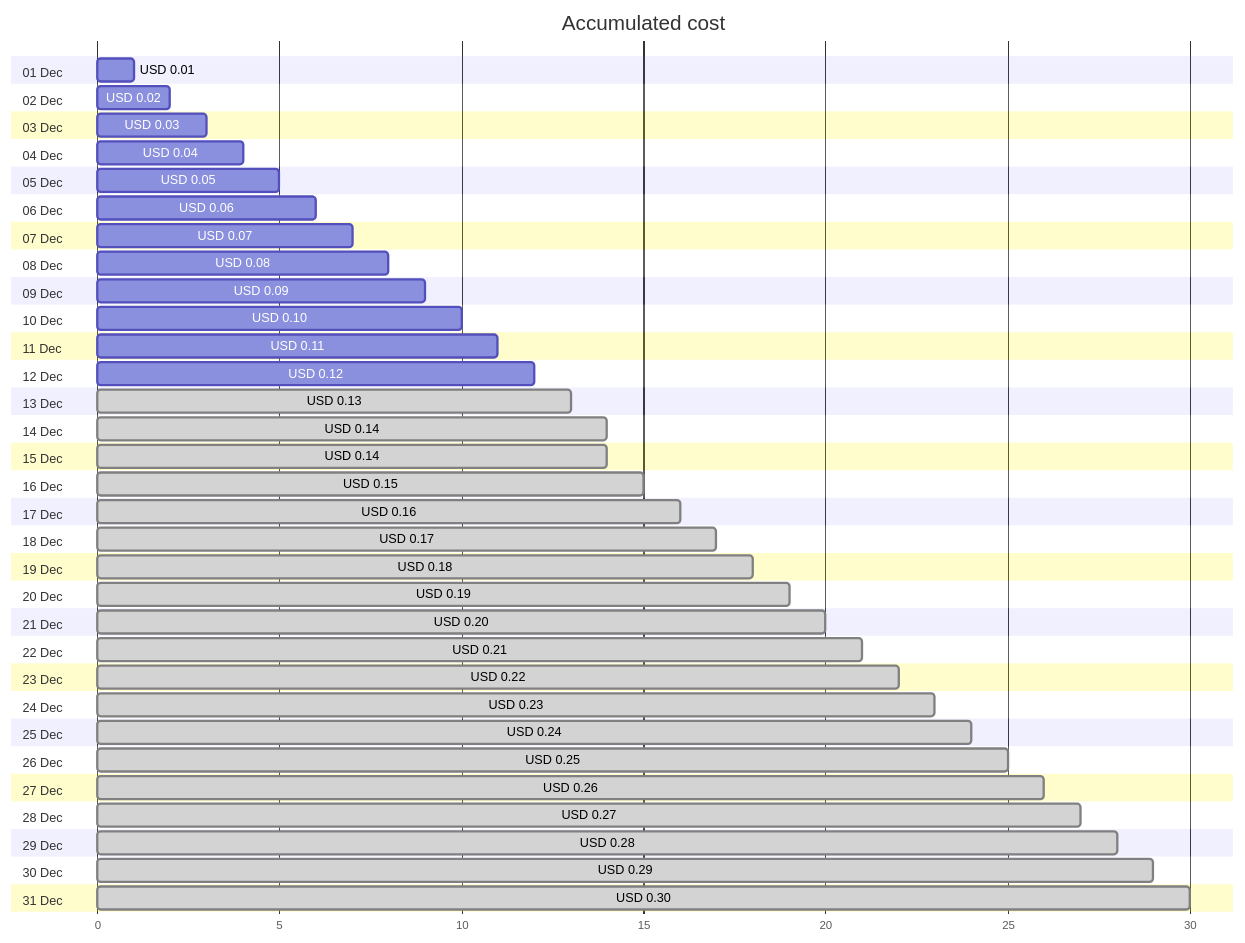
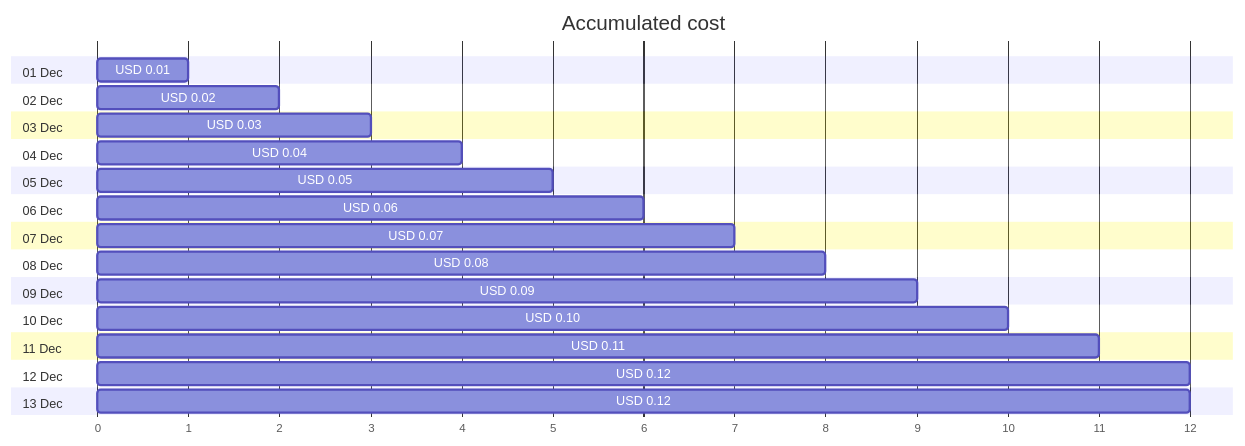
The first of 4 diagrams in cost-reports/cloud-shell-storage-eastus/cs2100300008c8d894b.md (jpfulton/azure-personal-reports), drawn with Mermaid before and after one commit. The commit also changed other lines of this file and 1 other file, not shown here.

Commit message:
Generated reports [skip ci]

````diff
--- a/cost-reports/cloud-shell-storage-eastus/cs2100300008c8d894b.md
+++ b/cost-reports/cloud-shell-storage-eastus/cs2100300008c8d894b.md
@@ -20,68 +20,32 @@
 ```mermaid
 gantt
    title Accumulated cost
    dateFormat  X
    axisFormat %s
    section 01 Dec
    USD 0.01 :0, 1
    section 02 Dec
    USD 0.02 :0, 2
    section 03 Dec
    USD 0.03 :0, 3
    section 04 Dec
    USD 0.04 :0, 4
    section 05 Dec
    USD 0.05 :0, 5
    section 06 Dec
    USD 0.06 :0, 6
    section 07 Dec
    USD 0.07 :0, 7
    section 08 Dec
    USD 0.08 :0, 8
    section 09 Dec
    USD 0.09 :0, 9
    section 10 Dec
    USD 0.10 :0, 10
    section 11 Dec
    USD 0.11 :0, 11
    section 12 Dec
    USD 0.12 :0, 12
    section 13 Dec
-   USD 0.13 : done, 0, 13
-   section 14 Dec
-   USD 0.14 : done, 0, 14
-   section 15 Dec
-   USD 0.14 : done, 0, 14
-   section 16 Dec
-   USD 0.15 : done, 0, 15
-   section 17 Dec
-   USD 0.16 : done, 0, 16
-   section 18 Dec
-   USD 0.17 : done, 0, 17
-   section 19 Dec
-   USD 0.18 : done, 0, 18
-   section 20 Dec
-   USD 0.19 : done, 0, 19
-   section 21 Dec
-   USD 0.20 : done, 0, 20
-   section 22 Dec
-   USD 0.21 : done, 0, 21
-   section 23 Dec
-   USD 0.22 : done, 0, 22
-   section 24 Dec
-   USD 0.23 : done, 0, 23
-   section 25 Dec
-   USD 0.24 : done, 0, 24
-   section 26 Dec
-   USD 0.25 : done, 0, 25
-   section 27 Dec
-   USD 0.26 : done, 0, 26
-   section 28 Dec
-   USD 0.27 : done, 0, 27
-   section 29 Dec
-   USD 0.28 : done, 0, 28
-   section 30 Dec
-   USD 0.29 : done, 0, 29
-   section 31 Dec
-   USD 0.30 : done, 0, 30
+   USD 0.12 :0, 12
 ```
````
